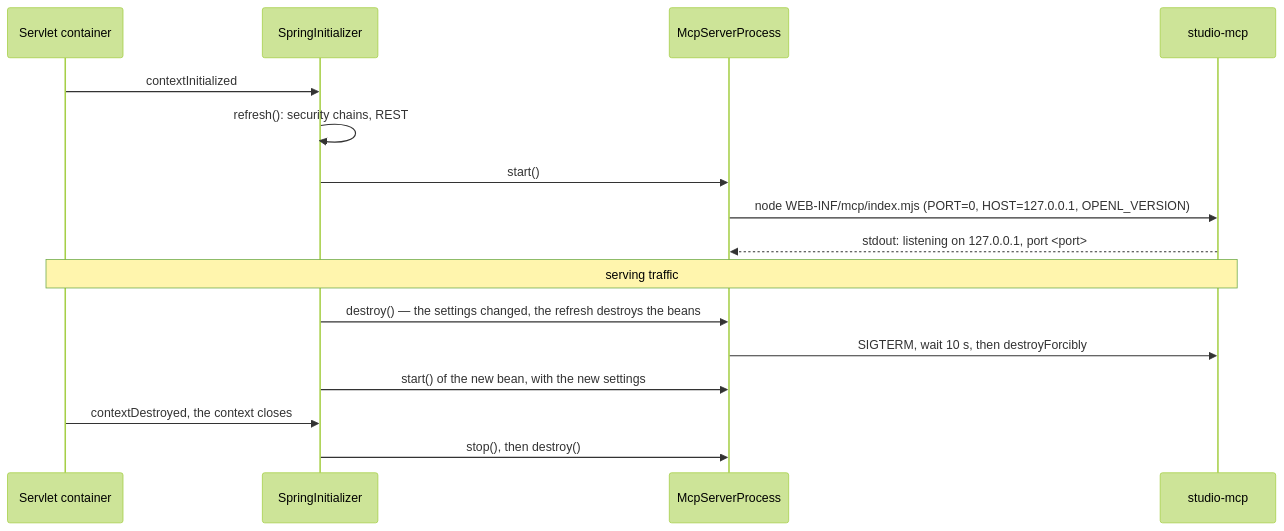
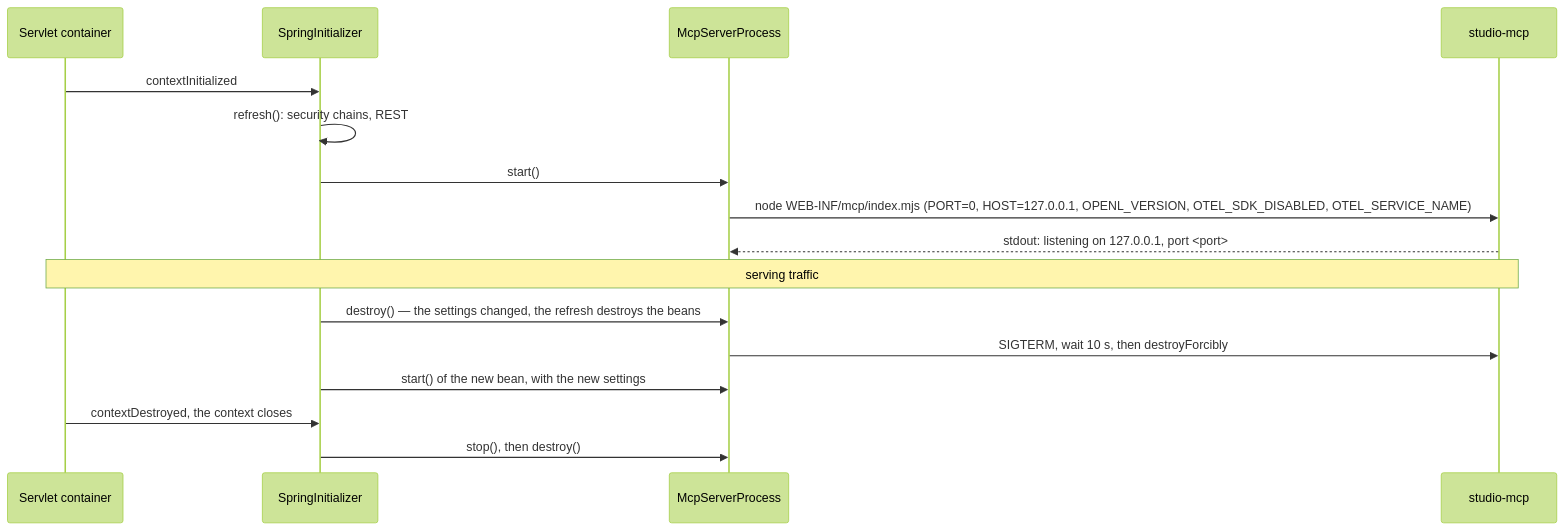
One commit to openl-tablets/openl-tablets changed the third of 3 diagrams in Docs/architecture/mcp-server.md. Above: the diagram before and after it, drawn with Mermaid (forest theme). The commit also changed other lines of this file and 60 other files, not shown here.

````diff
--- a/Docs/architecture/mcp-server.md
+++ b/Docs/architecture/mcp-server.md
@@ -189,18 +190,18 @@
 ```mermaid
 sequenceDiagram
     participant J as Servlet container
     participant S as SpringInitializer
     participant L as McpServerProcess
     participant N as studio-mcp
     J->>S: contextInitialized
     S->>S: refresh(): security chains, REST
     S->>L: start()
-    L->>N: node WEB-INF/mcp/index.mjs (PORT=0, HOST=127.0.0.1, OPENL_VERSION)
+    L->>N: node WEB-INF/mcp/index.mjs (PORT=0, HOST=127.0.0.1, OPENL_VERSION, OTEL_SDK_DISABLED, OTEL_SERVICE_NAME)
     N-->>L: stdout: listening on 127.0.0.1, port <port>
     Note over J,N: serving traffic
     S->>L: destroy() — the settings changed, the refresh destroys the beans
     L->>N: SIGTERM, wait 10 s, then destroyForcibly
     S->>L: start() of the new bean, with the new settings
     J->>S: contextDestroyed, the context closes
     S->>L: stop(), then destroy()
 ```
````
